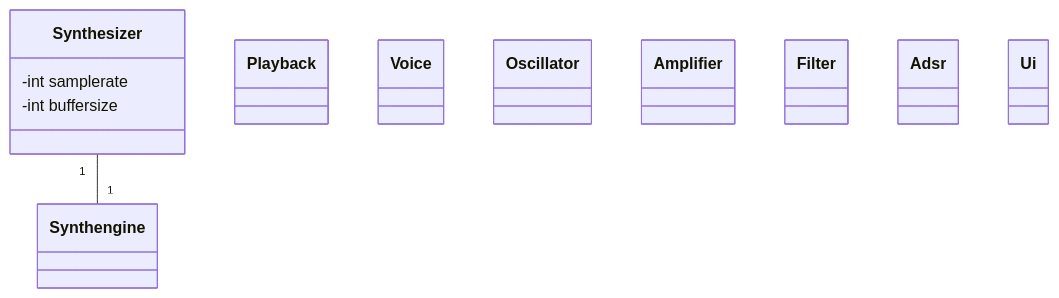
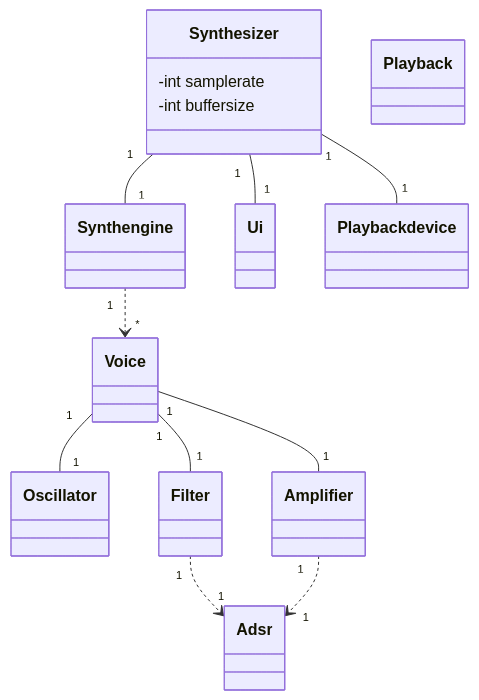
One commit to rudolf-heiskanen/ot-harjoitustyo changed the diagram in dokumentaatio/luokkakaavio.md. Above: the diagram before and after it, drawn with Mermaid.

Commit message:
luokkakaaviota

````diff
--- a/dokumentaatio/luokkakaavio.md
+++ b/dokumentaatio/luokkakaavio.md
@@ -2,17 +2,26 @@
 ```mermaid
 classDiagram
     class Synthesizer{
         -int samplerate
 	-int buffersize
     }
     class Synthengine
     class Playback
     class Voice
     class Oscillator
     class Amplifier
     class Filter
     class Adsr
     class Ui
 
     Synthesizer "1" -- "1" Synthengine
+    Synthesizer "1" -- "1" Playbackdevice
+    Synthesizer "1" -- "1" Ui
+
+    Synthengine "1" ..> "*" Voice
+    Voice "1" -- "1" Oscillator
+    Voice "1" -- "1" Filter
+    Voice "1" -- "1" Amplifier
+    Filter "1" ..> "1"  Adsr
+    Amplifier "1" ..> "1" Adsr
 ```
````
